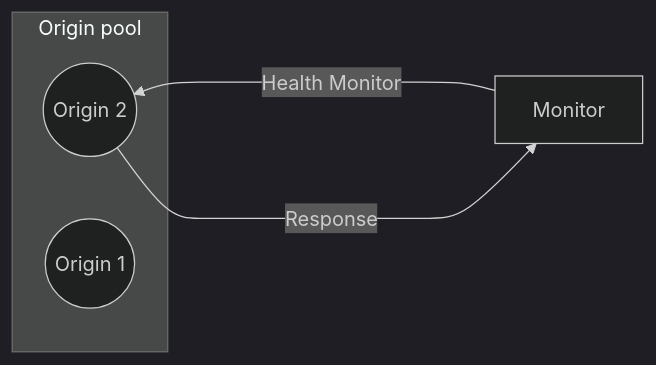
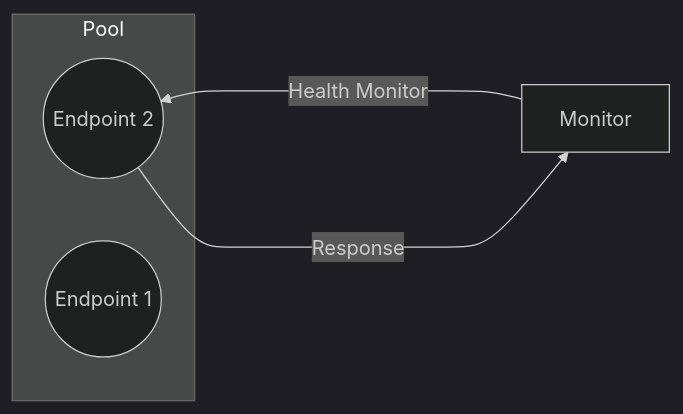
Before and after one commit to rdhanarot/cloudflare-docs: the diagram in content/load-balancing/_partials/_health-check-diagram.md, drawn with Mermaid (dark theme). The commit also changed 145 other files, not shown here.

First line of the commit message:
[LB] Adjust terminology - origin servers to endpoints (#13641)

````diff
--- a/content/load-balancing/_partials/_health-check-diagram.md
+++ b/content/load-balancing/_partials/_health-check-diagram.md
@@ -8,11 +8,11 @@
 ```mermaid
     flowchart RL
       accTitle: Load balancing monitor flow
-      accDescr: Monitors issue health monitor requests, which validate the current status of servers within each origin pool.
-      Monitor -- Health Monitor ----> Origin2
-      Origin2 -- Response ----> Monitor
-      subgraph Origin pool
-      Origin1((Origin 1))
-      Origin2((Origin 2))
+      accDescr: Monitors issue health monitor requests, which validate the current status of servers within each pool.
+      Monitor -- Health Monitor ----> Endpoint2
+      Endpoint2 -- Response ----> Monitor
+      subgraph Pool
+      Endpoint1((Endpoint 1))
+      Endpoint2((Endpoint 2))
       end
 ```
````
